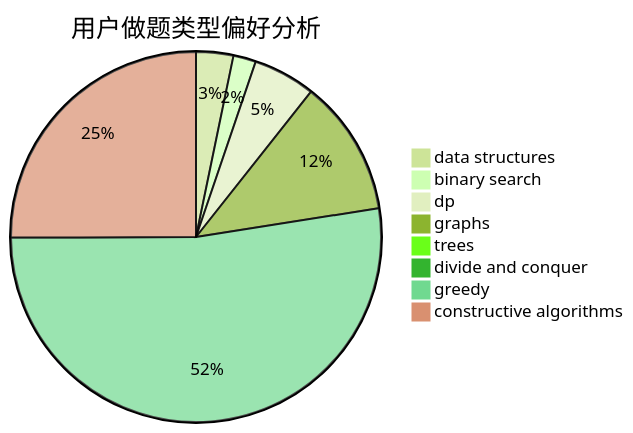
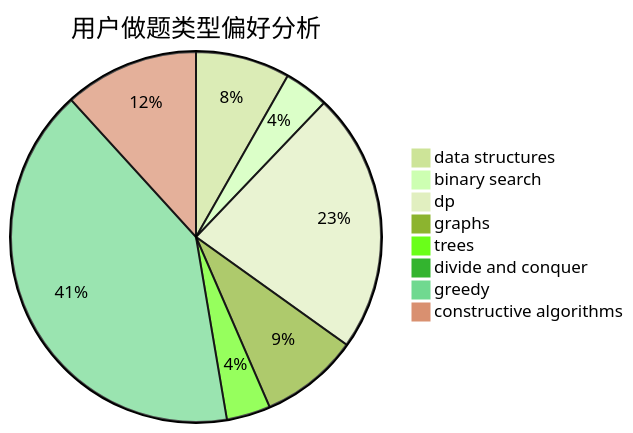
The second of 3 diagrams in docs/user/u2613.md (sherpahu/cfrs.github.io), drawn with Mermaid (forest theme) before and after one commit. The commit also changed other lines of this file and 2770 other files, not shown here.

````diff
--- a/docs/user/u2613.md
+++ b/docs/user/u2613.md
@@ -23,11 +23,11 @@
 ```mermaid
 pie title 用户做题类型偏好分析
-    "data structures" :  46
-    "binary search" :  28
-    "dp" :  77
-    "graphs" :  168
-    "trees" :  7
-    "divide and conquer" :  1
-    "greedy" :  743
-    "constructive algorithms" :  355
+    "data structures" :  131
+    "binary search" :  62
+    "dp" :  362
+    "graphs" :  137
+    "trees" :  61
+    "divide and conquer" :  2
+    "greedy" :  651
+    "constructive algorithms" :  187
 ```
````
